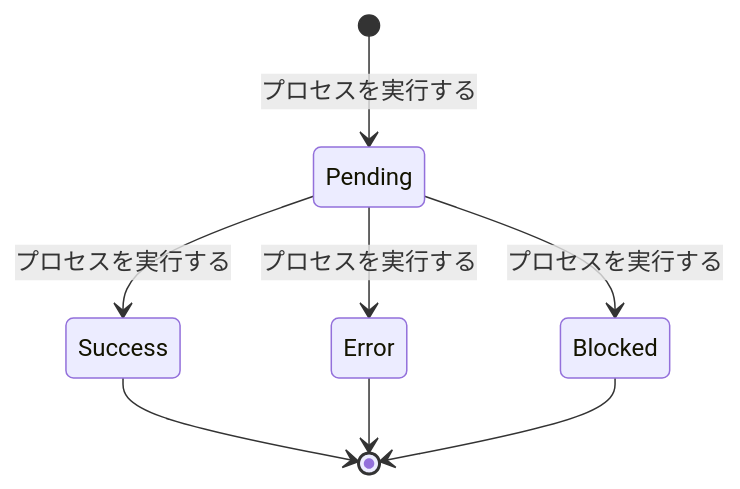
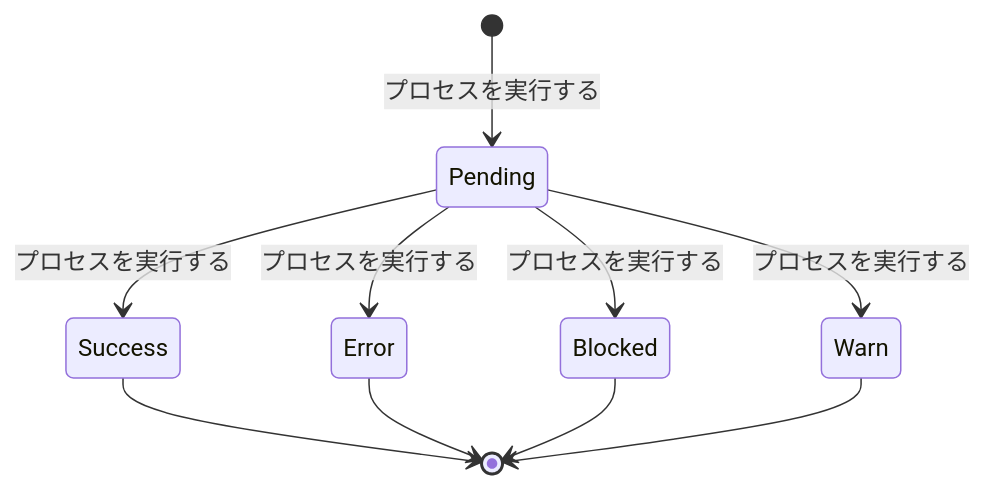
Before and after one commit to scenario-test-framework/stfw: the second of 2 diagrams in docs/rdra/latest/views/06_状態モデル.md, drawn with Mermaid. The commit also changed other lines of this file and 60 other files, not shown here.

````diff
--- a/docs/rdra/latest/views/06_状態モデル.md
+++ b/docs/rdra/latest/views/06_状態モデル.md
@@ -37,14 +44,17 @@
 ```mermaid
 stateDiagram-v2
   s1 : Pending
   s2 : Success
   s3 : Error
   s4 : Blocked
+  s5 : Warn
   [*] --> s1 : プロセスを実行する
   s1 --> s2 : プロセスを実行する
   s1 --> s3 : プロセスを実行する
   s1 --> s4 : プロセスを実行する
   s2 --> [*]
   s3 --> [*]
   s4 --> [*]
+  s1 --> s5 : プロセスを実行する
+  s5 --> [*]
 ```
````
